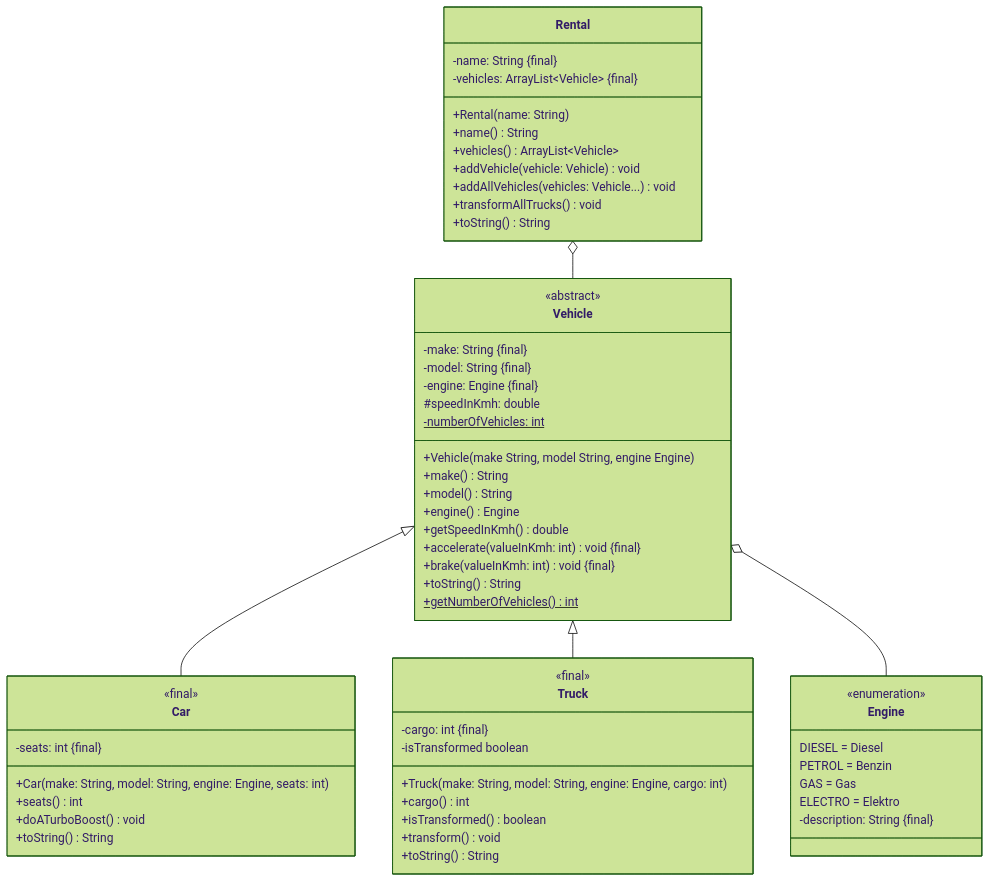
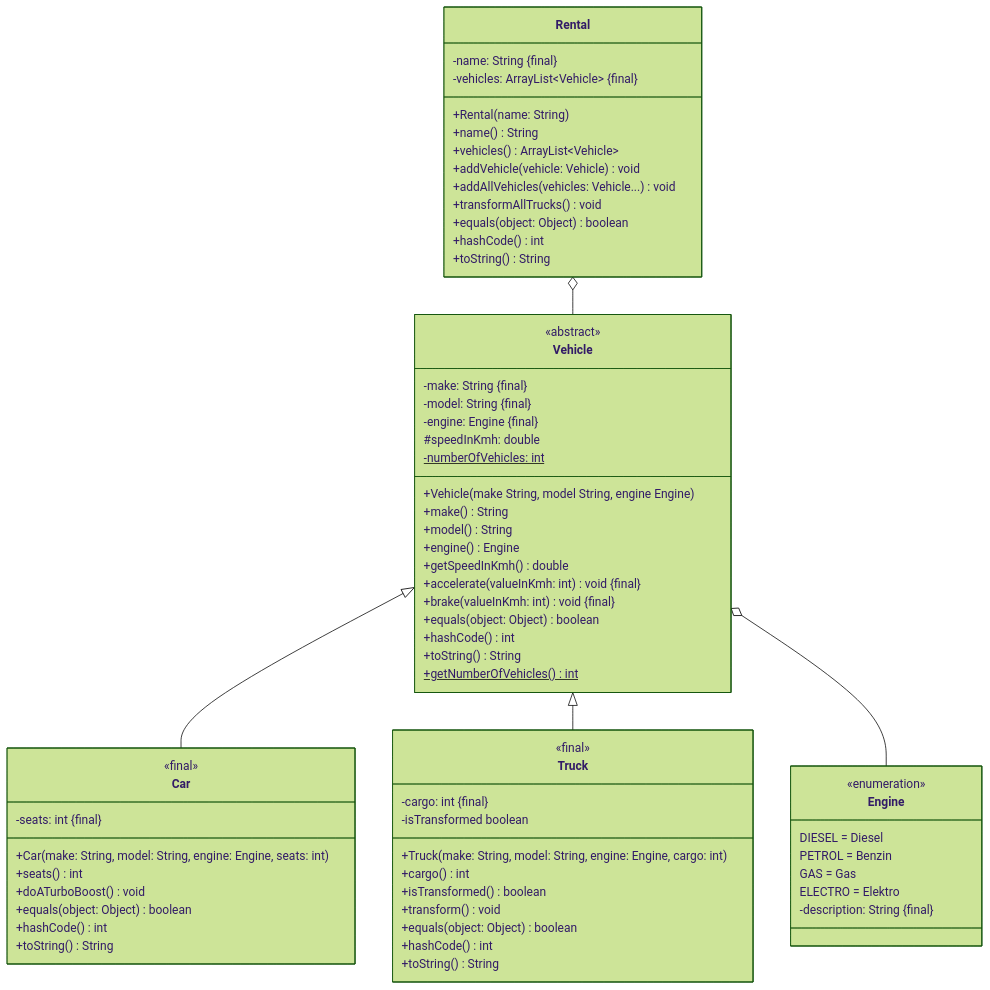
The diagram in docs/exercises/abstract-and-final/abstract-and-final01.mdx (jappuccini/java-docs), drawn with Mermaid (forest theme) before and after one commit. The commit also changed 10 other files, not shown here.

````diff
--- a/docs/exercises/abstract-and-final/abstract-and-final01.mdx
+++ b/docs/exercises/abstract-and-final/abstract-and-final01.mdx
@@ -14,66 +14,74 @@
 ```mermaid
 classDiagram
     Vehicle <|-- Car
     Vehicle <|-- Truck
     Vehicle o-- Engine
     Rental o-- Vehicle
 
     class Vehicle {
         <<abstract>>
         -make: String &#123final&#125
         -model: String &#123final&#125
         -engine: Engine &#123final&#125
         #speedInKmh: double
         -numberOfVehicles: int$
         +Vehicle(make String, model String, engine Engine)
         +make() String
         +model() String
         +engine() Engine
         +getSpeedInKmh() double
         +accelerate(valueInKmh: int) void &#123final&#125
         +brake(valueInKmh: int) void &#123final&#125
+        +equals(object: Object) boolean
+        +hashCode() int
         +toString() String
         +getNumberOfVehicles()$ int
     }
 
     class Engine {
         <<enumeration>>
         DIESEL = Diesel
         PETROL = Benzin
         GAS = Gas
         ELECTRO = Elektro
         -description: String &#123final&#125
     }
 
     class Car {
         <<final>>
         -seats: int &#123final&#125
         +Car(make: String, model: String, engine: Engine, seats: int)
         +seats() int
         +doATurboBoost() void
+        +equals(object: Object) boolean
+        +hashCode() int
         +toString() String
     }
 
     class Truck {
         <<final>>
         -cargo: int &#123final&#125
         -isTransformed boolean
         +Truck(make: String, model: String, engine: Engine, cargo: int)
         +cargo() int
         +isTransformed() boolean
         +transform() void
+        +equals(object: Object) boolean
+        +hashCode() int
         +toString() String
     }
 
     class Rental {
         -name: String &#123final&#125
         -vehicles: ArrayList~Vehicle~ &#123final&#125
         +Rental(name: String)
         +name() String
         +vehicles() ArrayList~Vehicle~
         +addVehicle(vehicle: Vehicle) void
         +addAllVehicles(vehicles: Vehicle...) void
         +transformAllTrucks() void
+        +equals(object: Object) boolean
+        +hashCode() int
         +toString() String
     }
 ```
````
